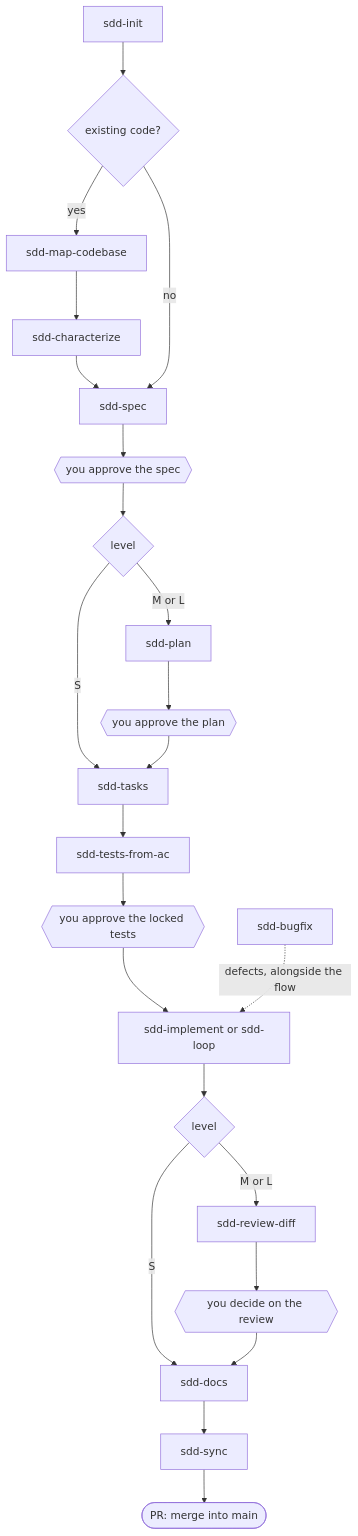
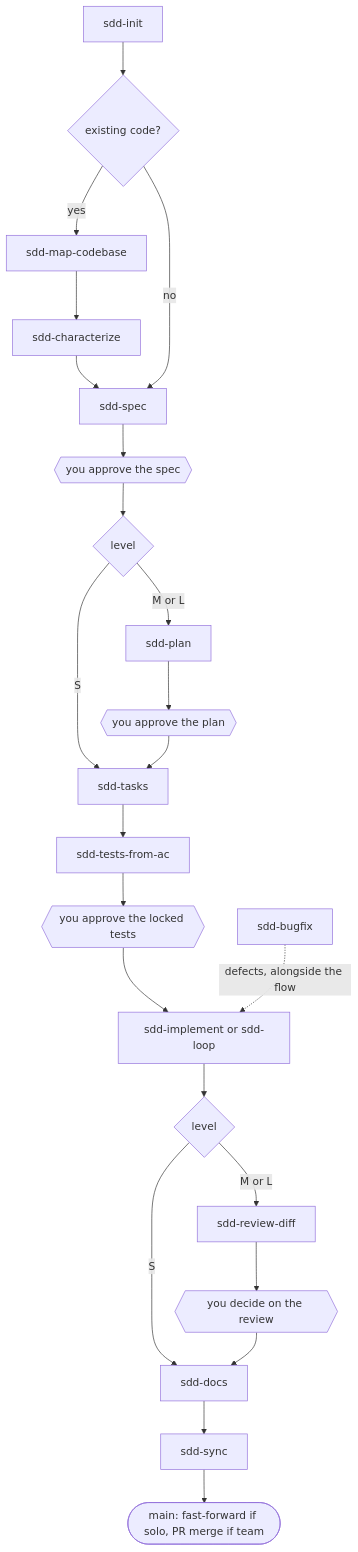
Before and after one commit to jumping2000/sdd-playbook: the diagram in README.md, drawn with Mermaid. The commit also changed other lines of this file and 51 other files, not shown here.

````diff
--- a/README.md
+++ b/README.md
@@ -92,16 +95,16 @@
 ```mermaid
 flowchart TD
     init[sdd-init] --> code{existing code?}
     code -- yes --> map[sdd-map-codebase] --> char[sdd-characterize] --> spec
     code -- no --> spec[sdd-spec]
     spec --> g1{{you approve the spec}} --> lvl{level}
     lvl -- S --> tasks[sdd-tasks]
     lvl -- M or L --> plan[sdd-plan] --> g2{{you approve the plan}} --> tasks
     tasks --> tests[sdd-tests-from-ac] --> g3{{you approve the locked tests}}
     g3 --> impl[sdd-implement or sdd-loop]
     impl --> lvl2{level}
     lvl2 -- S --> docs
     lvl2 -- M or L --> review[sdd-review-diff] --> g4{{you decide on the review}} --> docs[sdd-docs]
-    docs --> sync[sdd-sync] --> pr([PR: merge into main])
+    docs --> sync[sdd-sync] --> pr([main: fast-forward if solo, PR merge if team])
     bug[sdd-bugfix] -. defects, alongside the flow .-> impl
 ```
````
